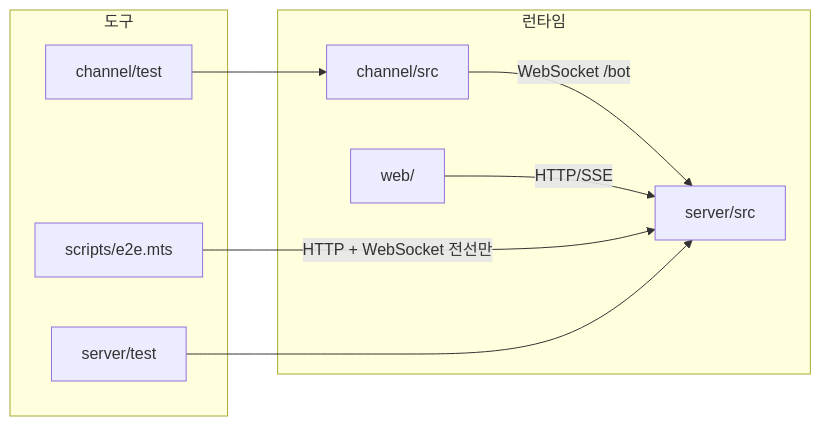
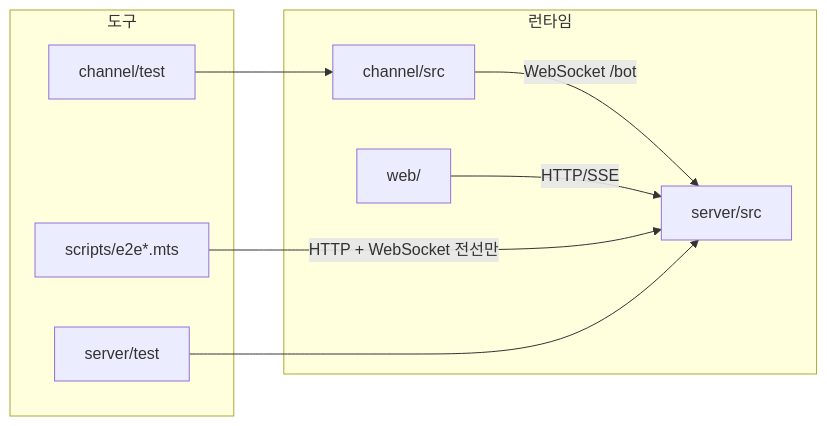
The second of 2 diagrams in .moai/project/codemaps/dependencies.md (bjw202/minidiscord), drawn with Mermaid before and after one commit. The commit also changed other lines of this file and 5 other files, not shown here.

````diff
--- a/.moai/project/codemaps/dependencies.md
+++ b/.moai/project/codemaps/dependencies.md
@@ -74,18 +76,18 @@
 ```mermaid
 graph LR
   subgraph 런타임
     server[server/src]
     channel[channel/src]
     web[web/]
   end
   subgraph 도구
-    scripts[scripts/e2e.mts]
+    scripts["scripts/e2e*.mts"]
     stest[server/test]
     ctest[channel/test]
   end
   channel -- WebSocket /bot --> server
   web -- HTTP/SSE --> server
   scripts -- HTTP + WebSocket 전선만 --> server
   stest --> server
   ctest --> channel
 ```
````
